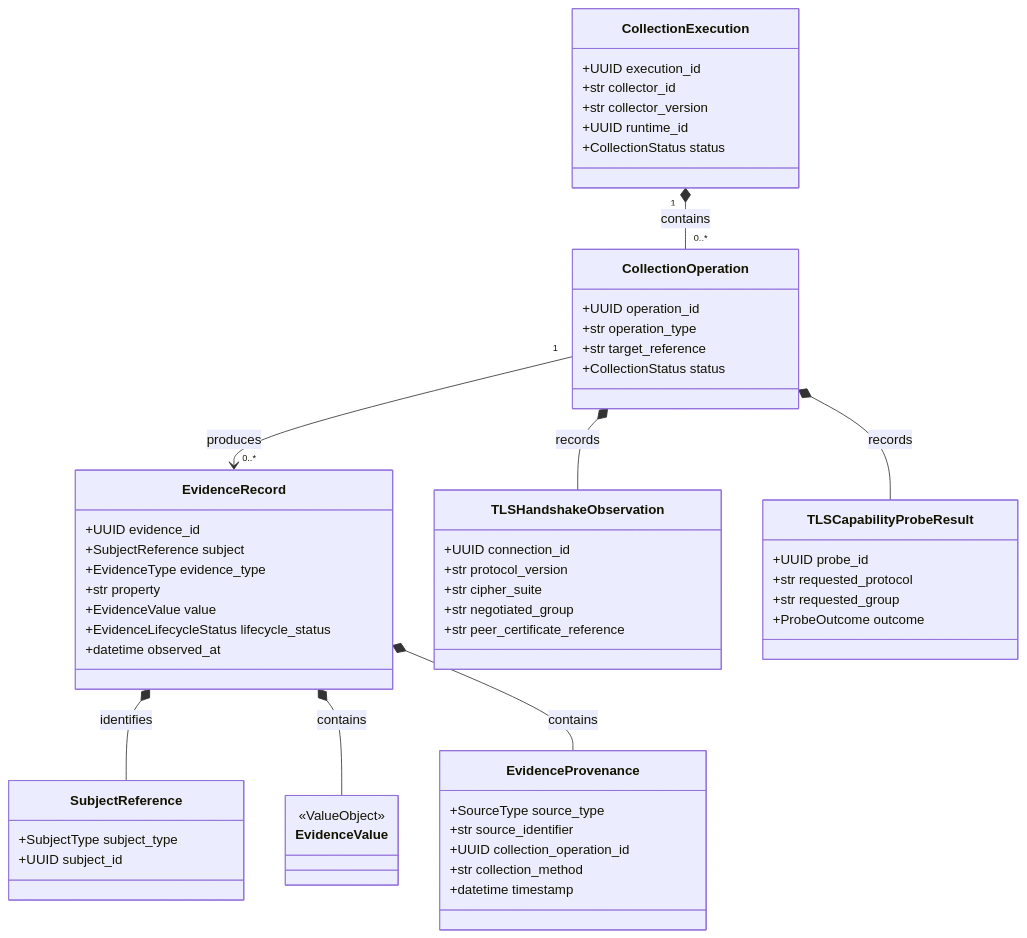
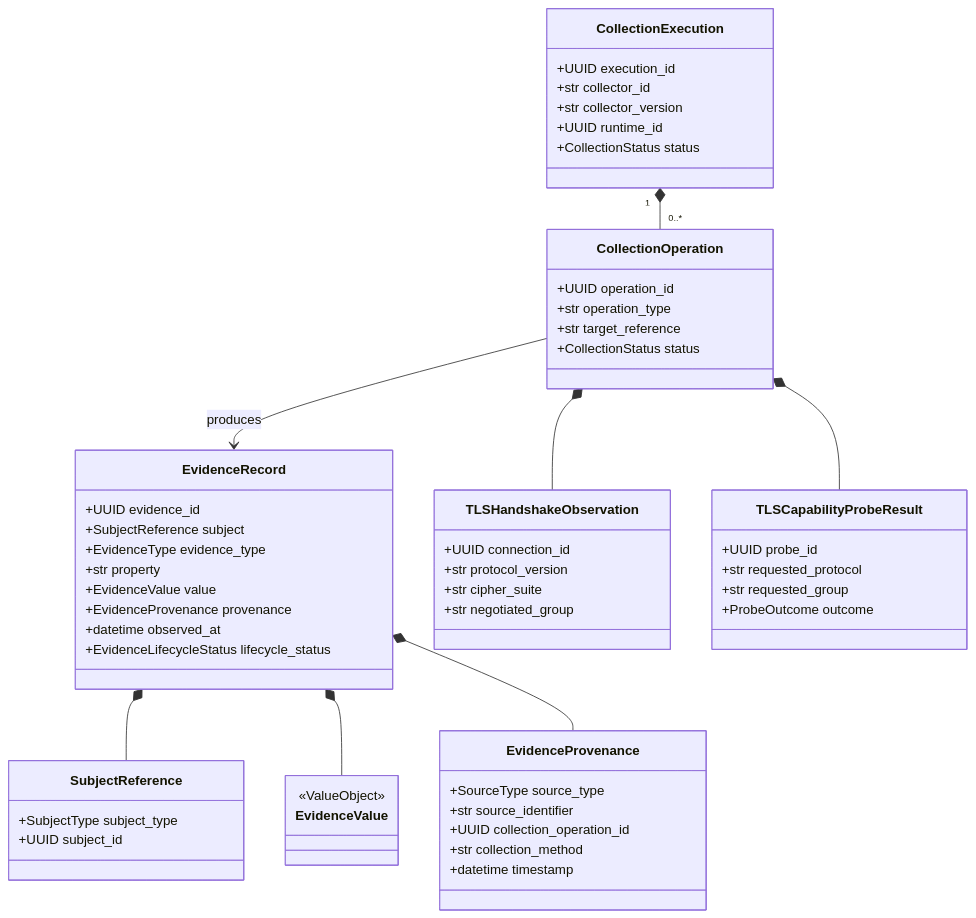
Before and after one commit to git-loa/cryptographic-inventory-pqc-risk-assessment: the fourth of 8 diagrams in docs/architecture/domain/domain-class-diagram.md, drawn with Mermaid. The commit also changed other lines of this file and 9 other files, not shown here.

Commit message:
feature: refactor relationship rules / docs: rewrite domain architecture documentation

````diff
--- a/docs/architecture/domain/domain-class-diagram.md
+++ b/docs/architecture/domain/domain-class-diagram.md
@@ -143,69 +172,68 @@
 ```mermaid
 classDiagram
     class EvidenceRecord {
         +UUID evidence_id
         +SubjectReference subject
         +EvidenceType evidence_type
         +str property
         +EvidenceValue value
+        +EvidenceProvenance provenance
+        +datetime observed_at
         +EvidenceLifecycleStatus lifecycle_status
-        +datetime observed_at
     }
 
     class SubjectReference {
         +SubjectType subject_type
         +UUID subject_id
     }
 
     class EvidenceValue {
         <<ValueObject>>
     }
 
     class EvidenceProvenance {
         +SourceType source_type
         +str source_identifier
         +UUID collection_operation_id
         +str collection_method
         +datetime timestamp
     }
 
     class CollectionExecution {
         +UUID execution_id
         +str collector_id
         +str collector_version
         +UUID runtime_id
         +CollectionStatus status
     }
 
     class CollectionOperation {
         +UUID operation_id
         +str operation_type
         +str target_reference
         +CollectionStatus status
     }
 
     class TLSHandshakeObservation {
         +UUID connection_id
         +str protocol_version
         +str cipher_suite
         +str negotiated_group
-        +str peer_certificate_reference
     }
 
     class TLSCapabilityProbeResult {
         +UUID probe_id
         +str requested_protocol
         +str requested_group
         +ProbeOutcome outcome
     }
 
-    EvidenceRecord *-- SubjectReference : identifies
-    EvidenceRecord *-- EvidenceValue : contains
-    EvidenceRecord *-- EvidenceProvenance : contains
+    EvidenceRecord *-- SubjectReference
+    EvidenceRecord *-- EvidenceValue
+    EvidenceRecord *-- EvidenceProvenance
 
-    CollectionExecution "1" *-- "0..*" CollectionOperation : contains
-    CollectionOperation "1" --> "0..*" EvidenceRecord : produces
-
-    CollectionOperation *-- TLSHandshakeObservation : records
-    CollectionOperation *-- TLSCapabilityProbeResult : records
+    CollectionExecution "1" *-- "0..*" CollectionOperation
+    CollectionOperation --> EvidenceRecord : produces
+    CollectionOperation *-- TLSHandshakeObservation
+    CollectionOperation *-- TLSCapabilityProbeResult
 ```
````
